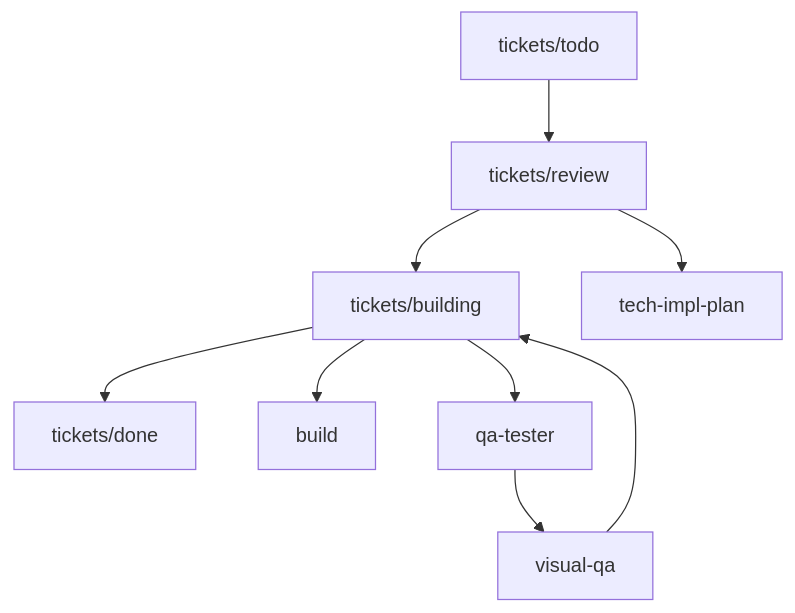
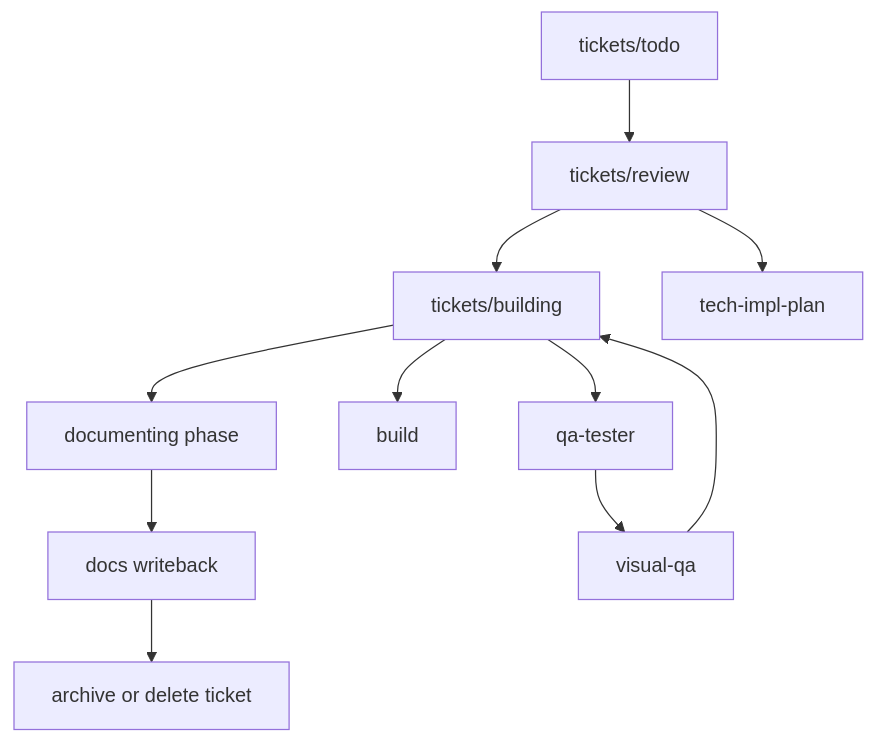
Before and after one commit to ZanarkandTechnologies/Farplane: the diagram in AGENTS.md, drawn with Mermaid. The commit also changed other lines of this file and 13 other files, not shown here.

First line of the commit message:
refactor(tickets): make ticket metadata the active work contract

````diff
--- a/AGENTS.md
+++ b/AGENTS.md
@@ -18,11 +18,13 @@
 ```mermaid
 flowchart TD
     A[tickets/todo] --> B[tickets/review]
     B --> C[tickets/building]
-    C --> D[tickets/done]
-    B --> E[tech-impl-plan]
-    C --> F[build]
-    C --> G[qa-tester]
-    G --> H[visual-qa]
-    H --> C
+    C --> D[documenting phase]
+    D --> E[docs writeback]
+    E --> F[archive or delete ticket]
+    B --> G[tech-impl-plan]
+    C --> H[build]
+    C --> I[qa-tester]
+    I --> J[visual-qa]
+    J --> C
 ```
````
